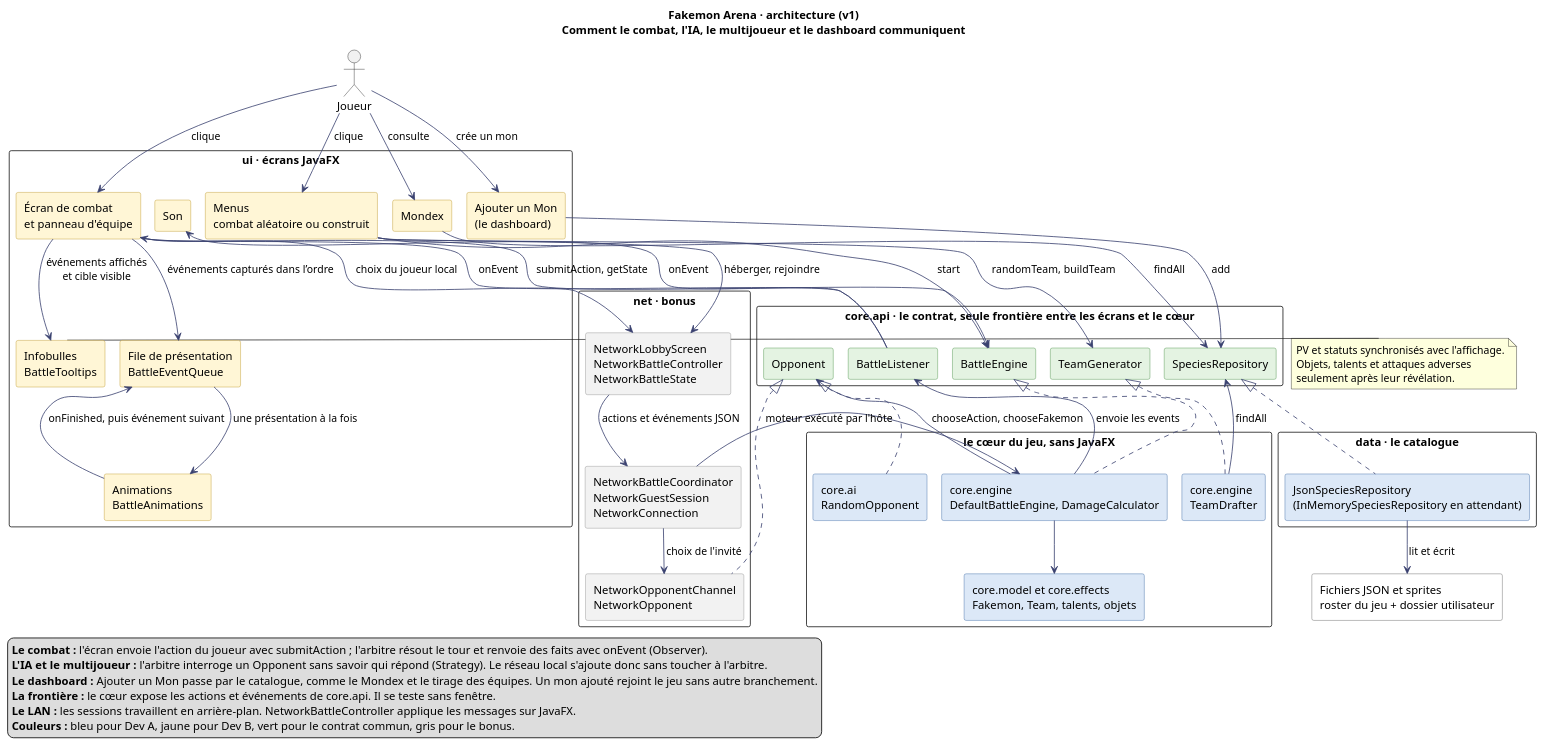
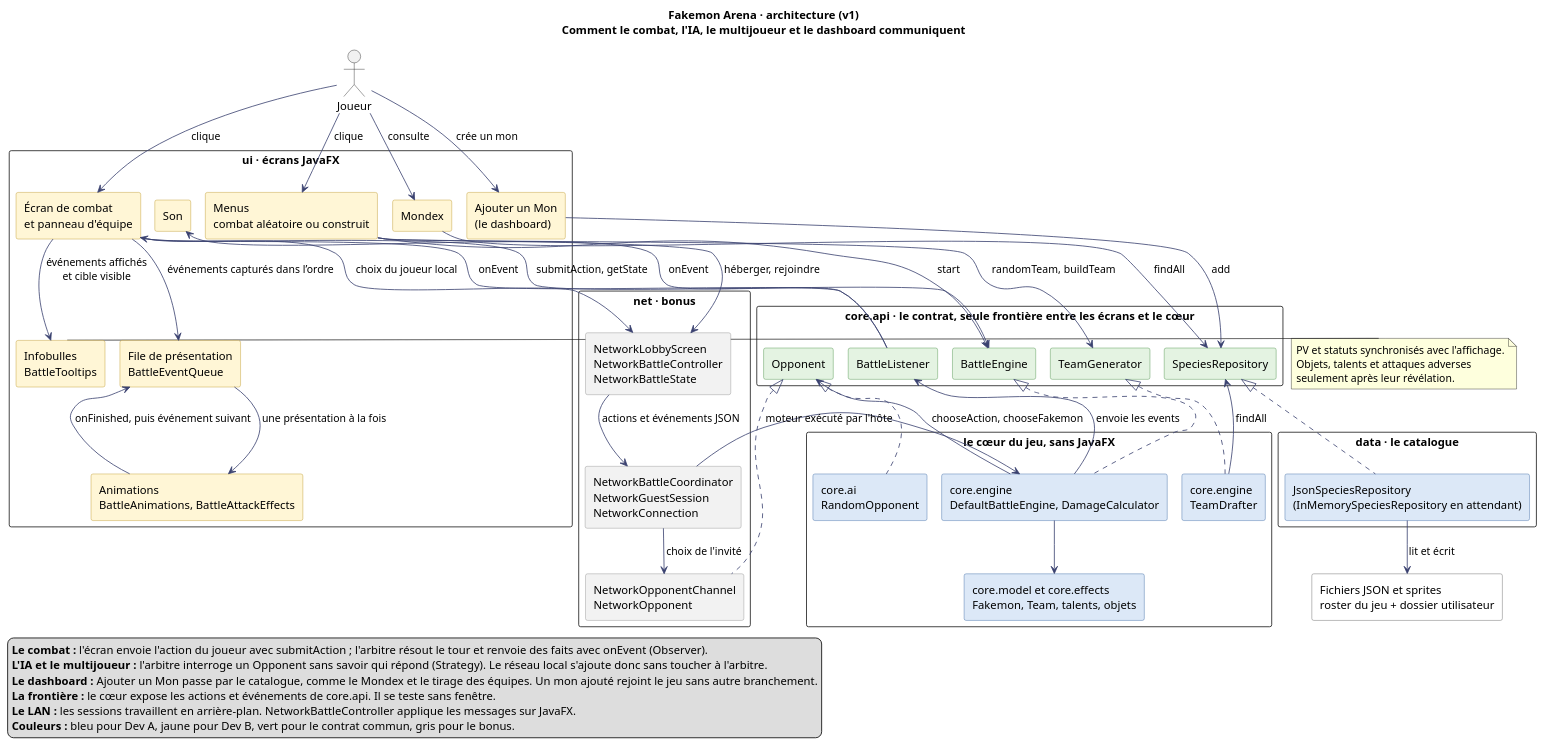
The diagram in docs/uml/architecture.puml (OnerAliCan/fakemon-arena), drawn with PlantUML before and after one commit. The commit also changed 11 other files, not shown here.

```diff
--- a/docs/uml/architecture.puml
+++ b/docs/uml/architecture.puml
@@ -1,111 +1,111 @@
 @startuml architecture
 !pragma layout smetana
 skinparam dpi 110
 skinparam shadowing false
 skinparam defaultFontName "Segoe UI"
 skinparam packageStyle rectangle
 skinparam ArrowColor #3A4170
 skinparam componentStyle rectangle
 skinparam rectangle {
   BackgroundColor<<devA>> #DCE8F7
   BorderColor<<devA>> #2F5F9E
   BackgroundColor<<devB>> #FFF6D6
   BorderColor<<devB>> #B8901A
   BackgroundColor<<contrat>> #E4F3E2
   BorderColor<<contrat>> #3E8A3A
   BackgroundColor<<bonus>> #F2F2F2
   BorderColor<<bonus>> #888888
   BackgroundColor<<fichiers>> #FFFFFF
   BorderColor<<fichiers>> #555555
 }
 hide stereotype
 title Fakemon Arena · architecture (v1)\nComment le combat, l'IA, le multijoueur et le dashboard communiquent
 
 actor "Joueur" as Joueur
 
 package "ui · écrans JavaFX" {
   rectangle "Menus\ncombat aléatoire ou construit" as Menus <<devB>>
   rectangle "Écran de combat\net panneau d'équipe" as Combat <<devB>>
   rectangle "Infobulles\nBattleTooltips" as Details <<devB>>
   rectangle "File de présentation\nBattleEventQueue" as Queue <<devB>>
-  rectangle "Animations\nBattleAnimations" as Anim <<devB>>
+  rectangle "Animations\nBattleAnimations, BattleAttackEffects" as Anim <<devB>>
   rectangle "Son" as Son <<devB>>
   rectangle "Mondex" as Mondex <<devB>>
   rectangle "Ajouter un Mon\n(le dashboard)" as Dashboard <<devB>>
 }
 
 package "core.api · le contrat, seule frontière entre les écrans et le cœur" {
   rectangle "TeamGenerator" as ITeam <<contrat>>
   rectangle "BattleEngine" as IEngine <<contrat>>
   rectangle "BattleListener" as IListener <<contrat>>
   rectangle "Opponent" as IOpponent <<contrat>>
   rectangle "SpeciesRepository" as IRepo <<contrat>>
 }
 
 package "le cœur du jeu, sans JavaFX" {
   rectangle "core.engine\nTeamDrafter" as Generator <<devA>>
   rectangle "core.engine\nDefaultBattleEngine, DamageCalculator" as Engine <<devA>>
   rectangle "core.model et core.effects\nFakemon, Team, talents, objets" as Model <<devA>>
   rectangle "core.ai\nRandomOpponent" as AI <<devA>>
 }
 
 package "net · bonus" {
   rectangle "NetworkOpponentChannel\nNetworkOpponent" as Net <<bonus>>
   rectangle "NetworkBattleCoordinator\nNetworkGuestSession\nNetworkConnection" as Sessions <<bonus>>
   rectangle "NetworkLobbyScreen\nNetworkBattleController\nNetworkBattleState" as LanView <<bonus>>
 }
 
 package "data · le catalogue" {
   rectangle "JsonSpeciesRepository\n(InMemorySpeciesRepository en attendant)" as Repo <<devA>>
 }
 
 rectangle "Fichiers JSON et sprites\nroster du jeu + dossier utilisateur" as Files <<fichiers>>
 
 Joueur --> Menus : clique
 Joueur --> Combat : clique
 Joueur --> Mondex : consulte
 Joueur --> Dashboard : crée un mon
 
 Menus --> ITeam : randomTeam, buildTeam
 Menus --> IEngine : start
 Combat --> IEngine : submitAction, getState
 IListener --> Combat : onEvent
 Combat --> Details : événements affichés\net cible visible
 note right of Details
   PV et statuts synchronisés avec l'affichage.
   Objets, talents et attaques adverses
   seulement après leur révélation.
 end note
 Combat --> Queue : événements capturés dans l’ordre
 Queue --> Anim : une présentation à la fois
 Anim --> Queue : onFinished, puis événement suivant
 IListener --> Son : onEvent
 Mondex --> IRepo : findAll
 Dashboard --> IRepo : add
 
 Generator .up.|> ITeam
 Engine .up.|> IEngine
 Engine --> IListener : envoie les events
 Engine --> IOpponent : chooseAction, chooseFakemon
 Generator --> IRepo : findAll
 Engine --> Model
 
 AI .up.|> IOpponent
 Net .up.|> IOpponent
 Menus --> LanView : héberger, rejoindre
 Combat --> LanView : choix du joueur local
 LanView --> Sessions : actions et événements JSON
 Sessions --> Engine : moteur exécuté par l'hôte
 Sessions --> Net : choix de l'invité
 Repo .up.|> IRepo
 Repo --> Files : lit et écrit
 
 legend bottom left
   <b>Le combat :</b> l'écran envoie l'action du joueur avec submitAction ; l'arbitre résout le tour et renvoie des faits avec onEvent (Observer).
   <b>L'IA et le multijoueur :</b> l'arbitre interroge un Opponent sans savoir qui répond (Strategy). Le réseau local s'ajoute donc sans toucher à l'arbitre.
   <b>Le dashboard :</b> Ajouter un Mon passe par le catalogue, comme le Mondex et le tirage des équipes. Un mon ajouté rejoint le jeu sans autre branchement.
   <b>La frontière :</b> le cœur expose les actions et événements de core.api. Il se teste sans fenêtre.
   <b>Le LAN :</b> les sessions travaillent en arrière-plan. NetworkBattleController applique les messages sur JavaFX.
   <b>Couleurs :</b> bleu pour Dev A, jaune pour Dev B, vert pour le contrat commun, gris pour le bonus.
 endlegend
 @enduml
```
